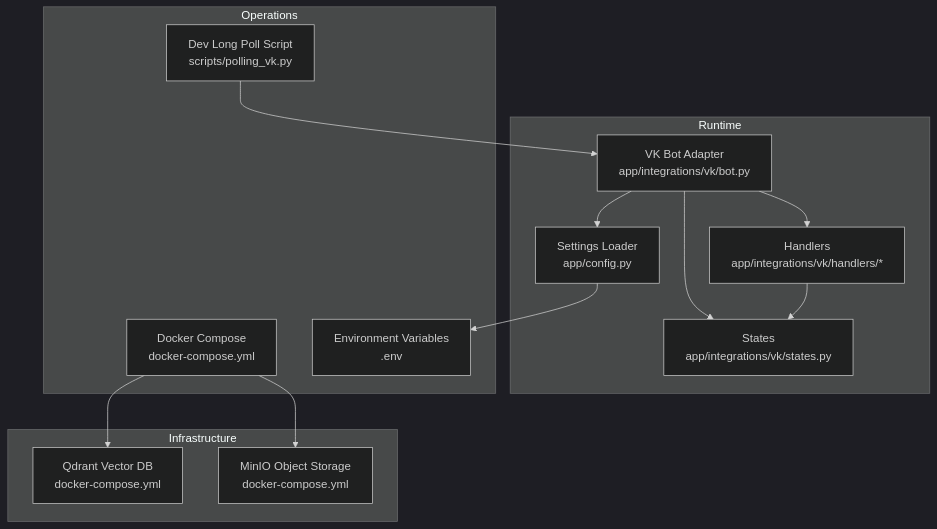
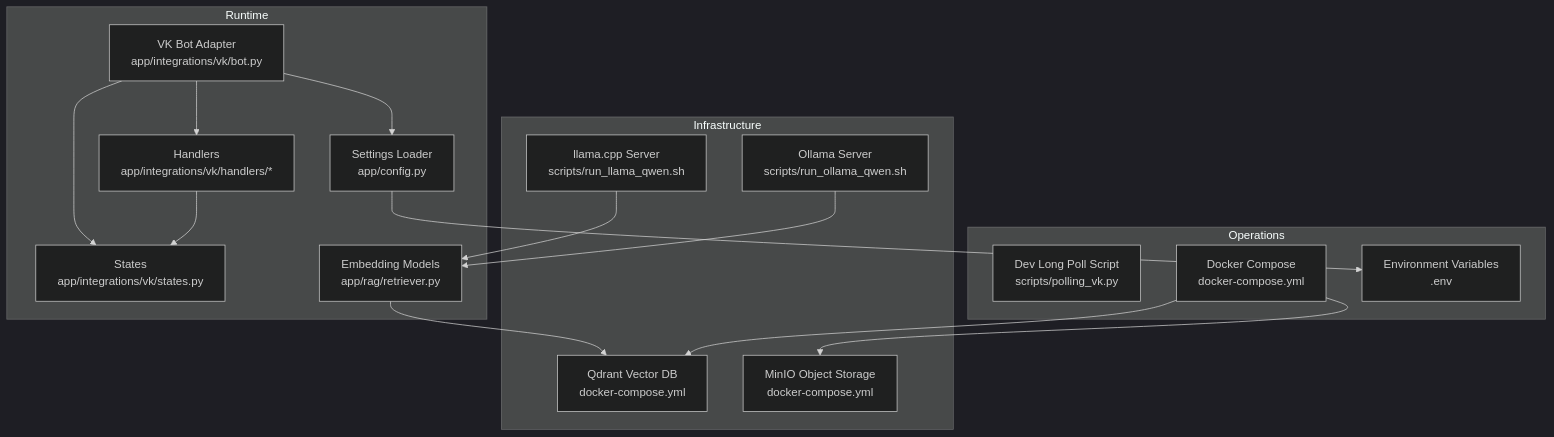
The first of 8 diagrams in .qoder/repowiki/en/content/Deployment and Operations.md (ognelis/cafetera_hr_bot), drawn with Mermaid (dark theme) before and after one commit. The commit also changed other lines of this file and 13 other files, not shown here.

````diff
--- a/.qoder/repowiki/en/content/Deployment and Operations.md
+++ b/.qoder/repowiki/en/content/Deployment and Operations.md
@@ -42,26 +52,31 @@
 ```mermaid
 graph TB
 subgraph "Runtime"
 VKBot["VK Bot Adapter<br/>app/integrations/vk/bot.py"]
 Handlers["Handlers<br/>app/integrations/vk/handlers/*"]
 States["States<br/>app/integrations/vk/states.py"]
 Config["Settings Loader<br/>app/config.py"]
+Embeddings["Embedding Models<br/>app/rag/retriever.py"]
 end
 subgraph "Infrastructure"
 Qdrant["Qdrant Vector DB<br/>docker-compose.yml"]
 MinIO["MinIO Object Storage<br/>docker-compose.yml"]
+LlamaServer["llama.cpp Server<br/>scripts/run_llama_qwen.sh"]
+OllamaServer["Ollama Server<br/>scripts/run_ollama_qwen.sh"]
 end
 subgraph "Operations"
 DevPoll["Dev Long Poll Script<br/>scripts/polling_vk.py"]
 Compose["Docker Compose<br/>docker-compose.yml"]
 Env["Environment Variables<br/>.env"]
 end
 VKBot --> Handlers
 VKBot --> States
 VKBot --> Config
 Handlers --> States
-DevPoll --> VKBot
+Embeddings --> Qdrant
+Config --> Env
+LlamaServer --> Embeddings
+OllamaServer --> Embeddings
 Compose --> Qdrant
 Compose --> MinIO
-Config --> Env
 ```
````
